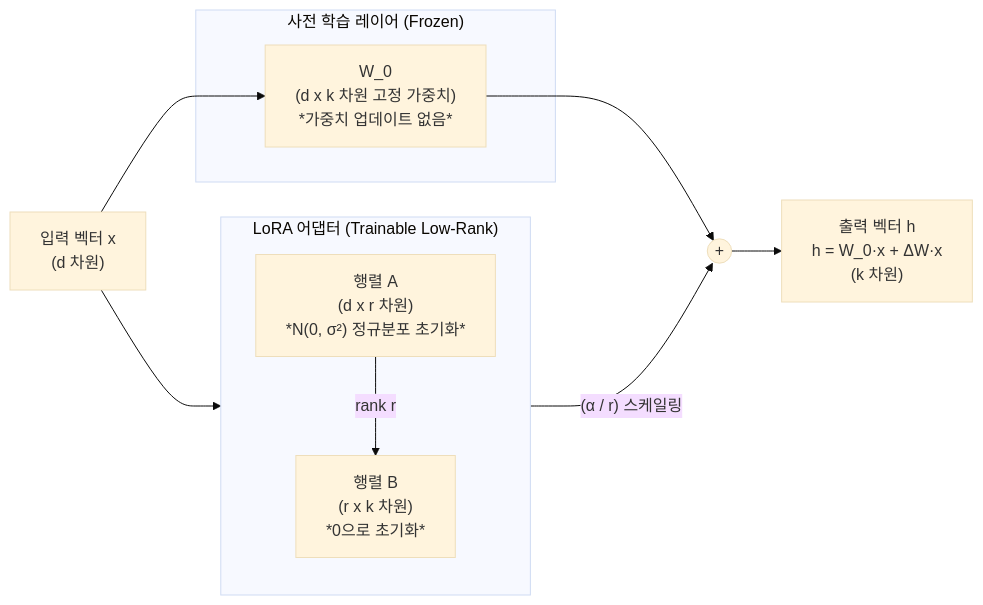
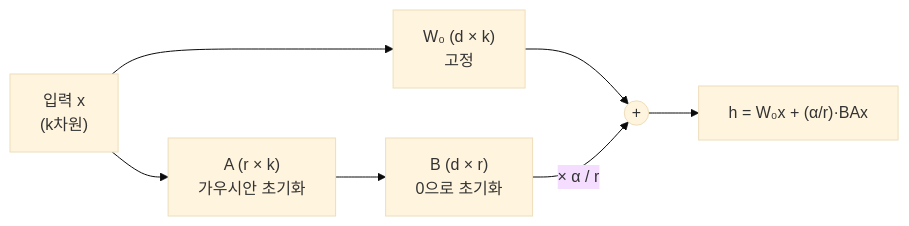
One commit to supremethumb/supremethumb.github.io changed the diagram in content/01_IT Tech/LoRA(Low-rank adaptation).md. Above: the diagram before and after it, drawn with Mermaid (base theme). The commit also changed other lines of this file and 1087 other files, not shown here.

````diff
--- a/content/01_IT Tech/LoRA(Low-rank adaptation).md
+++ b/content/01_IT Tech/LoRA(Low-rank adaptation).md
@@ -27,25 +36,9 @@
 ```mermaid
 flowchart LR
-    X["입력 벡터 x<br/>(d 차원)"]
-
-    subgraph Frozen ["사전 학습 레이어 (Frozen)"]
-        W0["W_0<br/>(d x k 차원 고정 가중치)<br/>*가중치 업데이트 없음*"]
-    end
-
-    subgraph Trainable ["LoRA 어댑터 (Trainable Low-Rank)"]
-        direction TB
-        A["행렬 A<br/>(d x r 차원)<br/>*N(0, σ²) 정규분포 초기화*"]
-        B["행렬 B<br/>(r x k 차원)<br/>*0으로 초기화*"]
-        A -->|rank r| B
-    end
-
-    Sum((+))
-    H["출력 벡터 h<br/>h = W_0·x + ΔW·x<br/>(k 차원)"]
-
-    X --> W0
-    X --> A
-    W0 --> Sum
-    B -->|"(α / r) 스케일링"| Sum
-    Sum --> H
-
+    X["입력 x<br/>(k차원)"] --> W0["W₀ (d × k)<br/>고정"]
+    X --> A["A (r × k)<br/>가우시안 초기화"]
+    A --> B["B (d × r)<br/>0으로 초기화"]
+    W0 --> P((+))
+    B -- "× α / r" --> P
+    P --> H["h = W₀x + (α/r)·BAx"]
 ```
````
